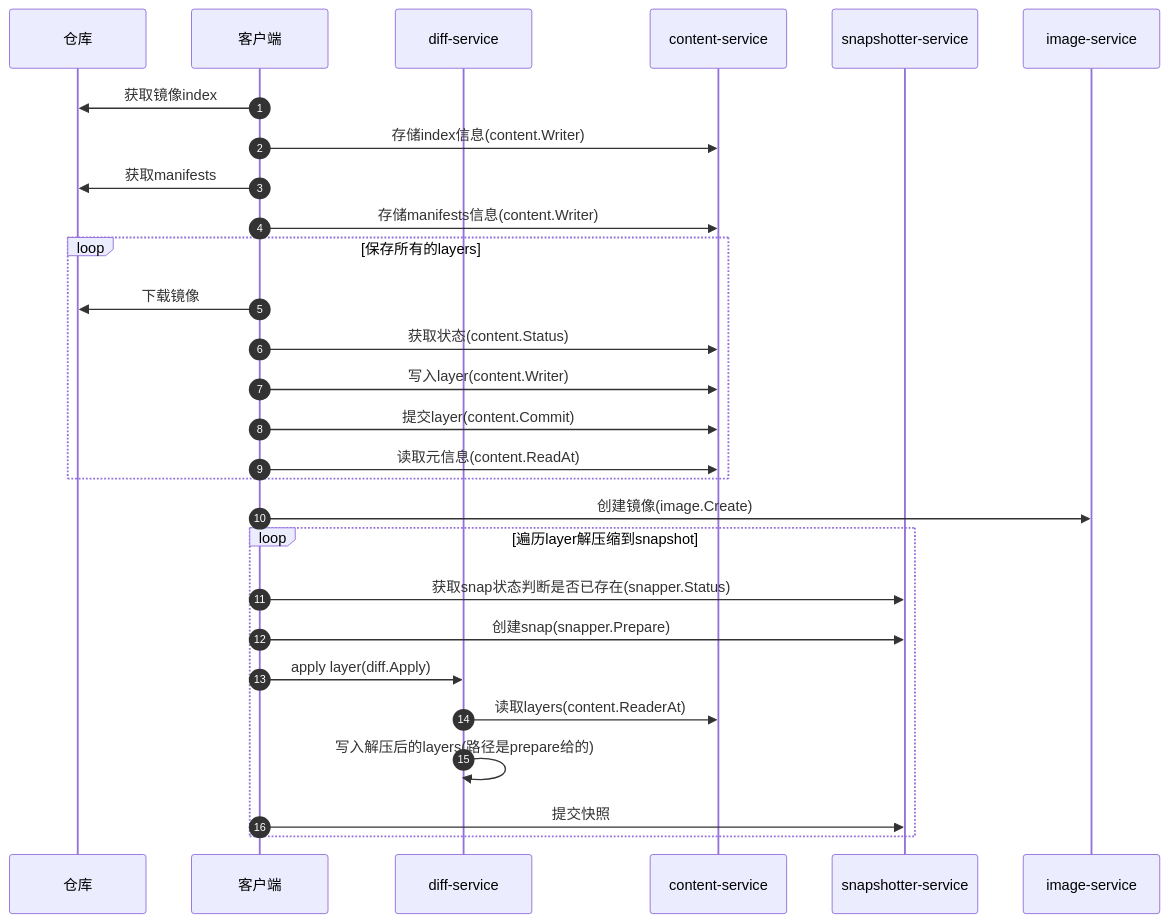
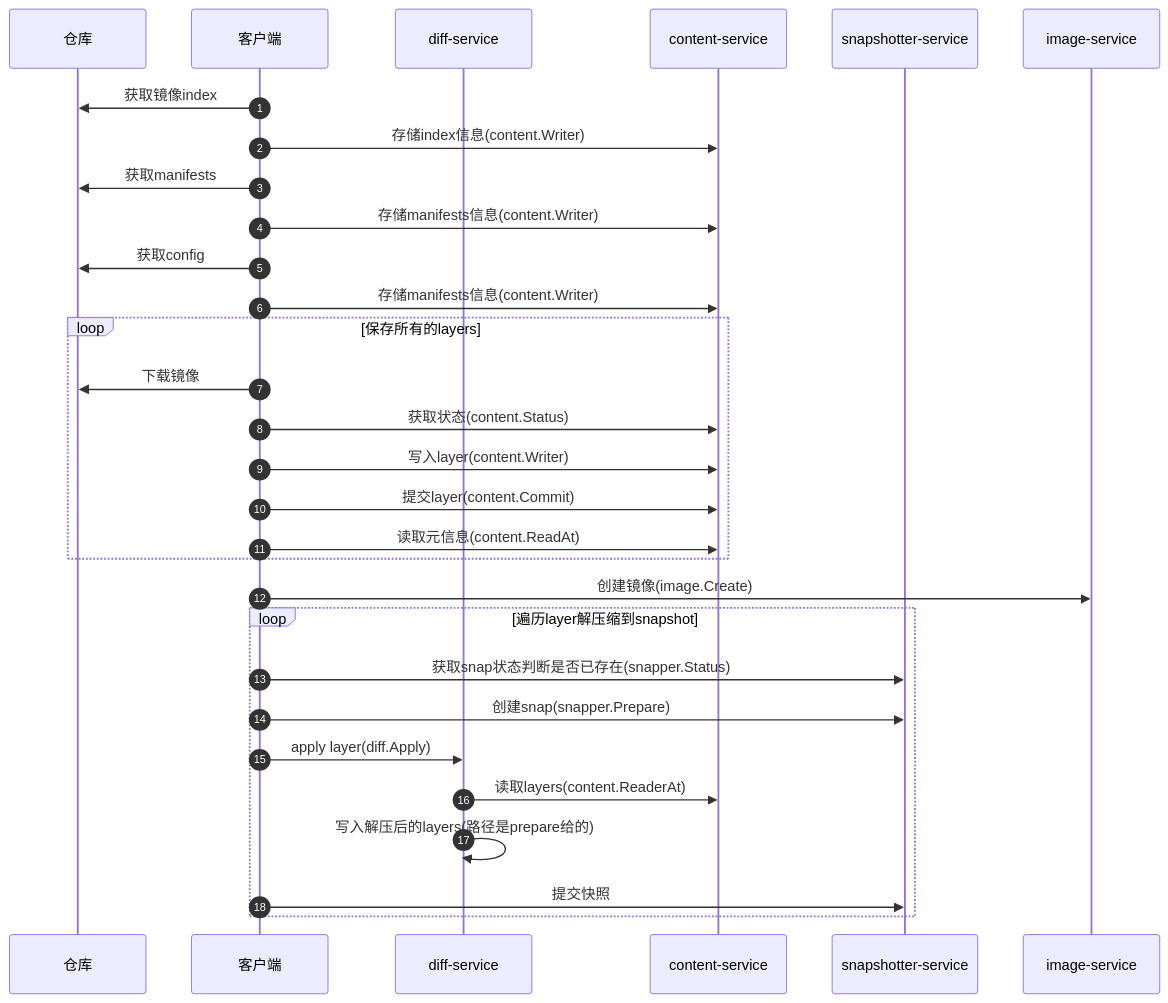
The diagram in source/_posts/containerd源码-下载镜像.md (NatureLR/blog), drawn with Mermaid before and after one commit.

Commit message:
修复图bug

````diff
--- a/source/_posts/containerd源码-下载镜像.md
+++ b/source/_posts/containerd源码-下载镜像.md
@@ -744,34 +744,36 @@
 ```mermaid
 sequenceDiagram
     autonumber
     participant hub as 仓库
     participant client as 客户端
     participant diff as diff-service
     participant content as content-service
     participant snapshotter as snapshotter-service
     participant image as image-service
 
     client->>hub:获取镜像index
     client->>content:存储index信息(content.Writer)
     client->>hub:获取manifests
+    client->>content:存储manifests信息(content.Writer)
+    client->>hub:获取config
     client->>content:存储manifests信息(content.Writer)
 
     loop 保存所有的layers
     client->>hub:下载镜像
     client->>content:获取状态(content.Status)
     client->>content:写入layer(content.Writer)
     client->>content:提交layer(content.Commit)
     client->>content:读取元信息(content.ReadAt)
     end
     client->>image:创建镜像(image.Create)
     #client->>image:创建镜像(如果已经存在)(image.Update)
 
     loop 遍历layer解压缩到snapshot
     client->>snapshotter:获取snap状态判断是否已存在(snapper.Status)
     client->>snapshotter:创建snap(snapper.Prepare)
     client->>diff:apply layer(diff.Apply)
     diff->>content:读取layers(content.ReaderAt)
     diff->>diff:写入解压后的layers(路径是prepare给的)
     client->>snapshotter:提交快照
     end
 ```
````
